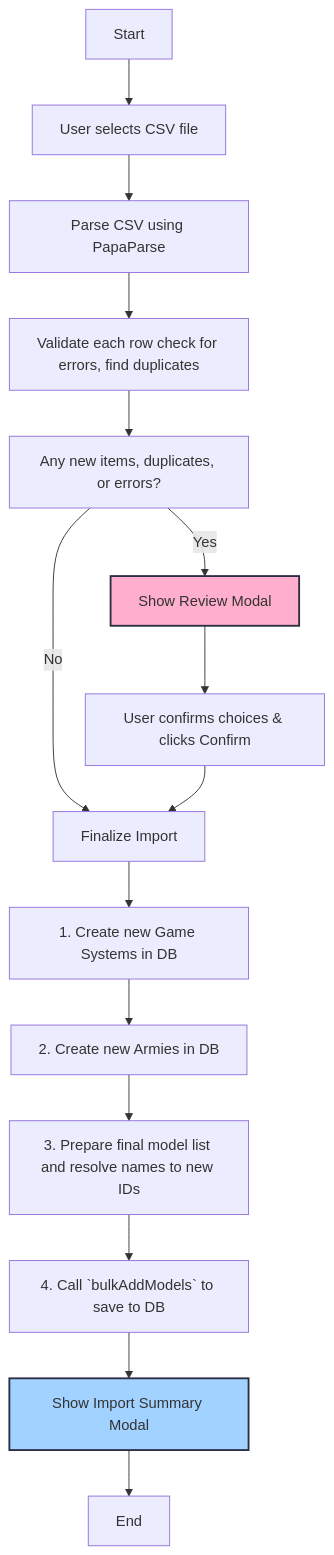
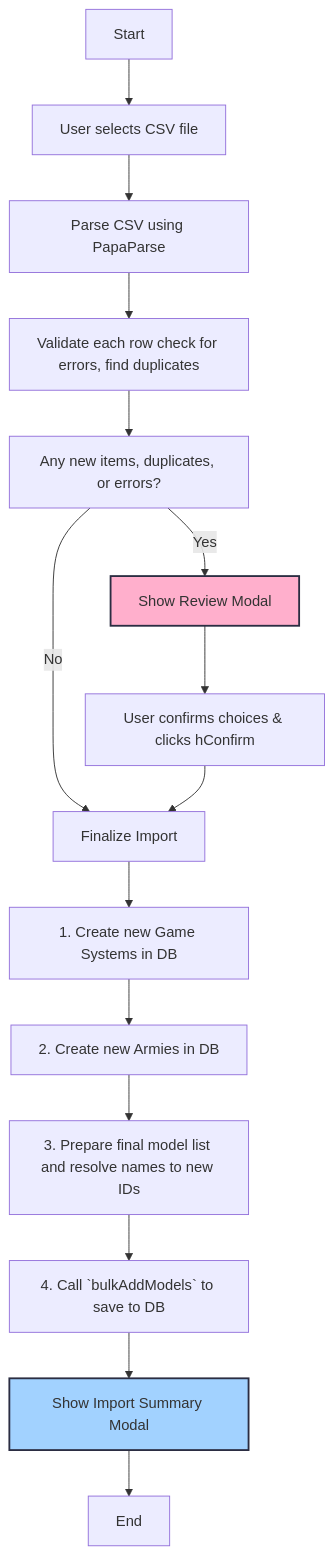
The third of 3 diagrams in README.md (stuartperrymason-ops/https-github.com-stuartperrymason-ops-Top-Model-collector), drawn with Mermaid before and after one commit. The commit also changed other lines of this file, not shown here.

````diff
--- a/README.md
+++ b/README.md
@@ -86,20 +127,20 @@
 ```mermaid
 graph TD
     A[Start] --> B[User selects CSV file];
     B --> C[Parse CSV using PapaParse];
     C --> D[Validate each row check for errors, find duplicates];
     D --> E[Any new items, duplicates, or errors?];
     E -- No --> F[Finalize Import];
     E -- Yes --> G[Show Review Modal]
-    G --> H[User confirms choices & clicks Confirm];
+    G --> H[User confirms choices & clicks hConfirm];
     H --> F;
     F --> I[1. Create new Game Systems in DB];
     I --> J[2. Create new Armies in DB];
     J --> K[3. Prepare final model list and resolve names to new IDs];
     K --> L[4. Call `bulkAddModels` to save to DB];
     L --> M[Show Import Summary Modal];
     M --> N[End];
 
     style G fill:#ffafcc,stroke:#2b2d42,stroke-width:2px
     style M fill:#a2d2ff,stroke:#2b2d42,stroke-width:2px
 ```
````
